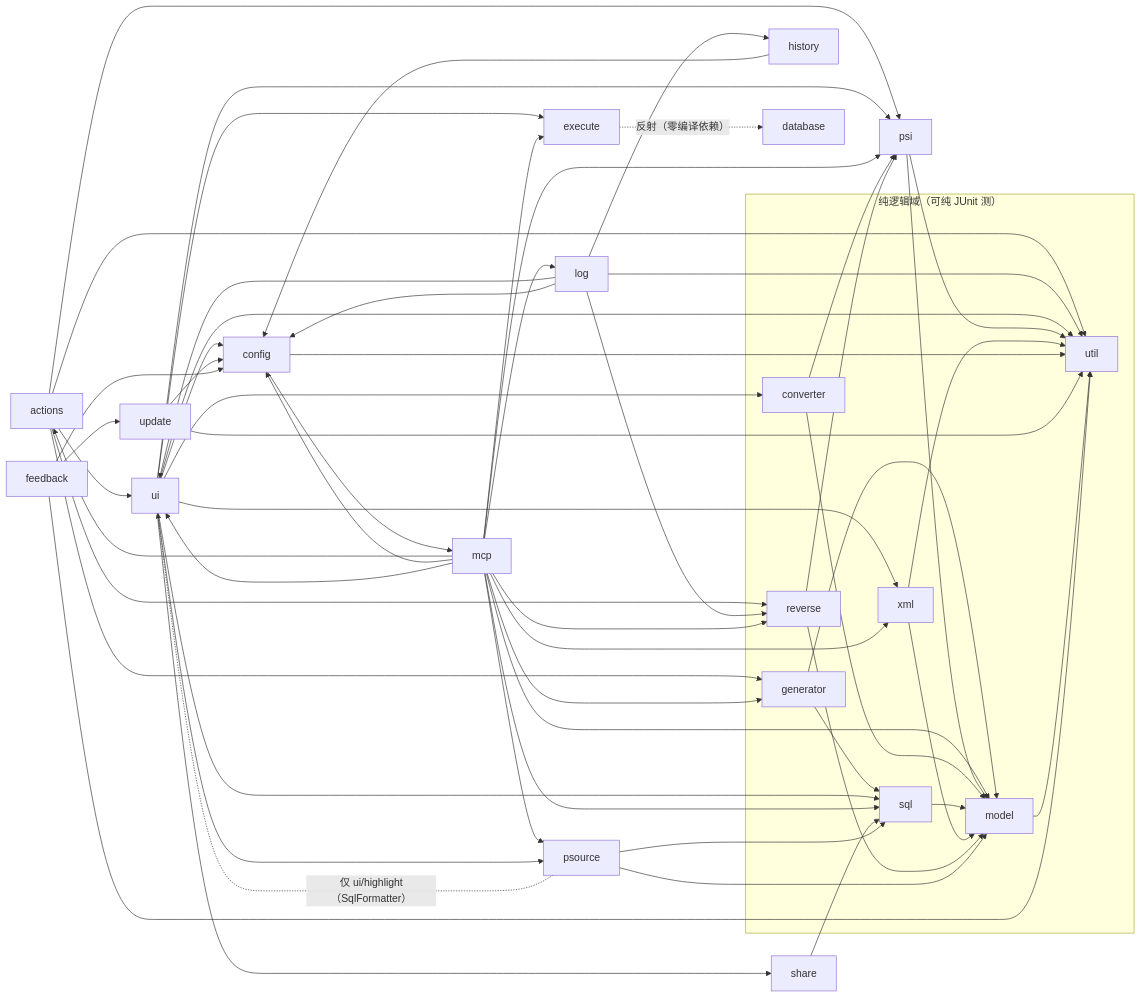
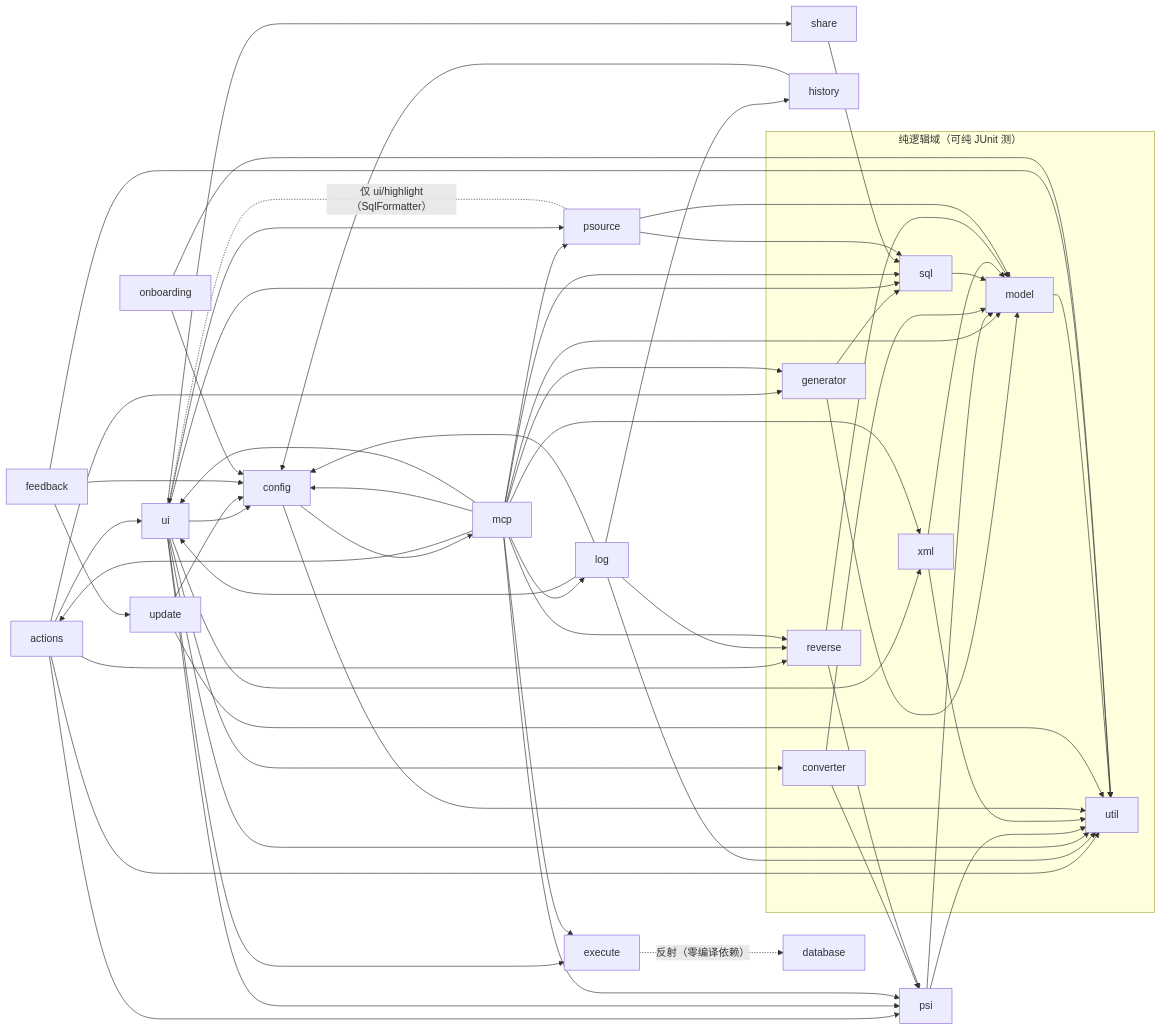
Before and after one commit to JayF211/mybatis-plus-sql-visualizer: the third of 5 diagrams in docs/架构设计/01-项目架构总览.md, drawn with Mermaid. The commit also changed other lines of this file and 2 other files, not shown here.

````diff
--- a/docs/架构设计/01-项目架构总览.md
+++ b/docs/架构设计/01-项目架构总览.md
@@ -154,70 +157,72 @@
 ```mermaid
 flowchart LR
     actions --> ui
     actions --> reverse
     actions --> psi
     actions --> util
     actions --> generator
     generator --> model
     generator --> sql
     log --> ui
     log --> reverse
     log --> history
     log --> config
     log --> util
     history --> config
     ui --> psi
     ui --> converter
     ui --> sql
     ui --> xml
     ui --> execute
     ui --> share
     ui --> config
     ui --> util
     mcp --> actions
     mcp --> config
     mcp --> execute
     mcp --> generator
     mcp --> log
     mcp --> model
     mcp --> psi
     mcp --> psource
     mcp --> reverse
     mcp --> sql
     mcp --> ui
     mcp --> xml
     config --> mcp
     psi --> model
     psi --> util
     converter --> model
     converter --> psi
     sql --> model
     xml --> model
     xml --> util
     reverse --> model
     reverse --> psi
     execute -. "反射（零编译依赖）" .-> database
     config --> util
     update --> config
     update --> util
     model --> util
     share --> sql
     psource --> model
     psource --> sql
     psource -. "仅 ui/highlight（SqlFormatter）" .-> ui
     ui --> psource
     feedback --> config
     feedback --> update
     feedback --> util
+    onboarding --> config
+    onboarding --> util
 
     subgraph 纯逻辑域["纯逻辑域（可纯 JUnit 测）"]
         model
         converter
         sql
         xml
         reverse
         generator
         util
         generator
     end
 ```
````
